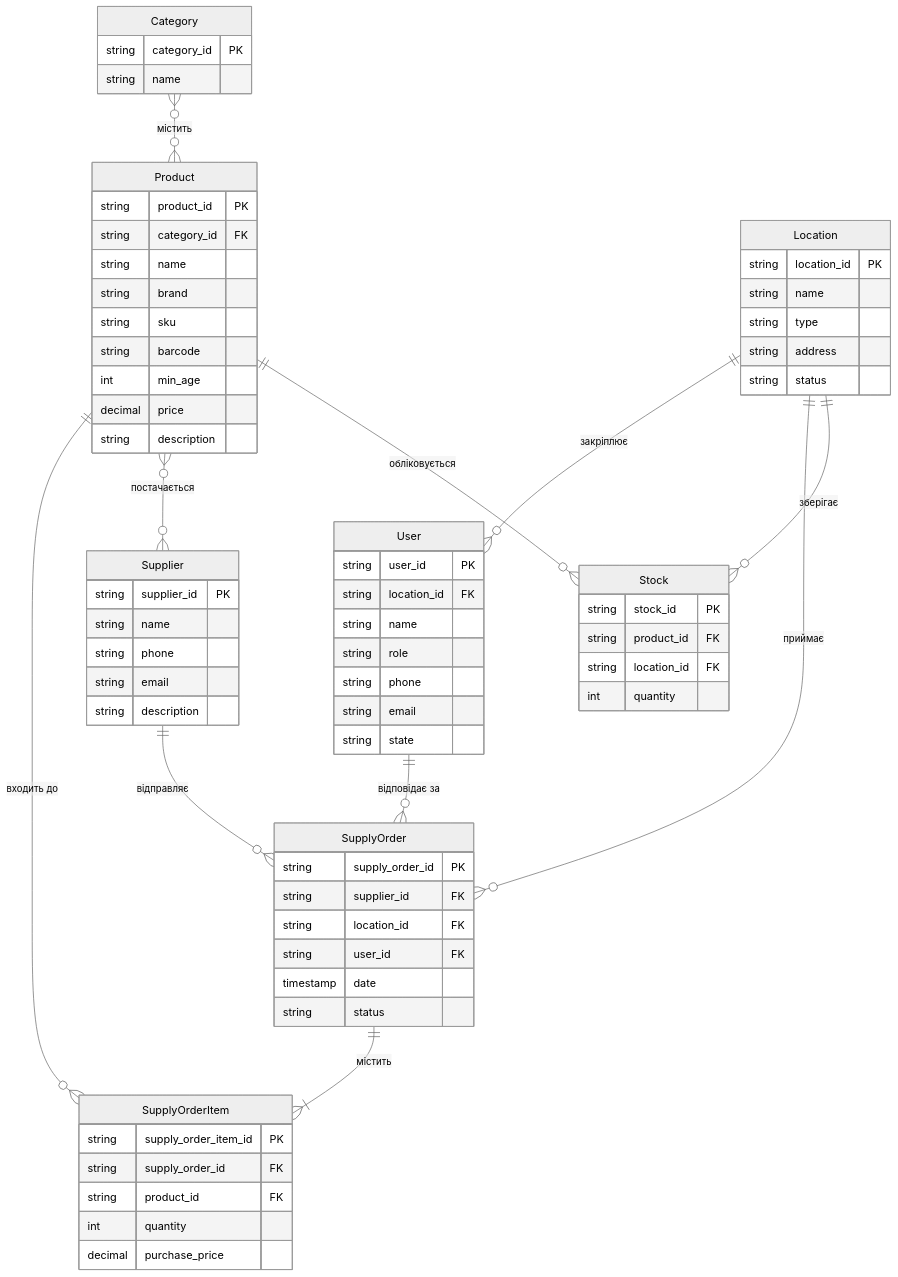
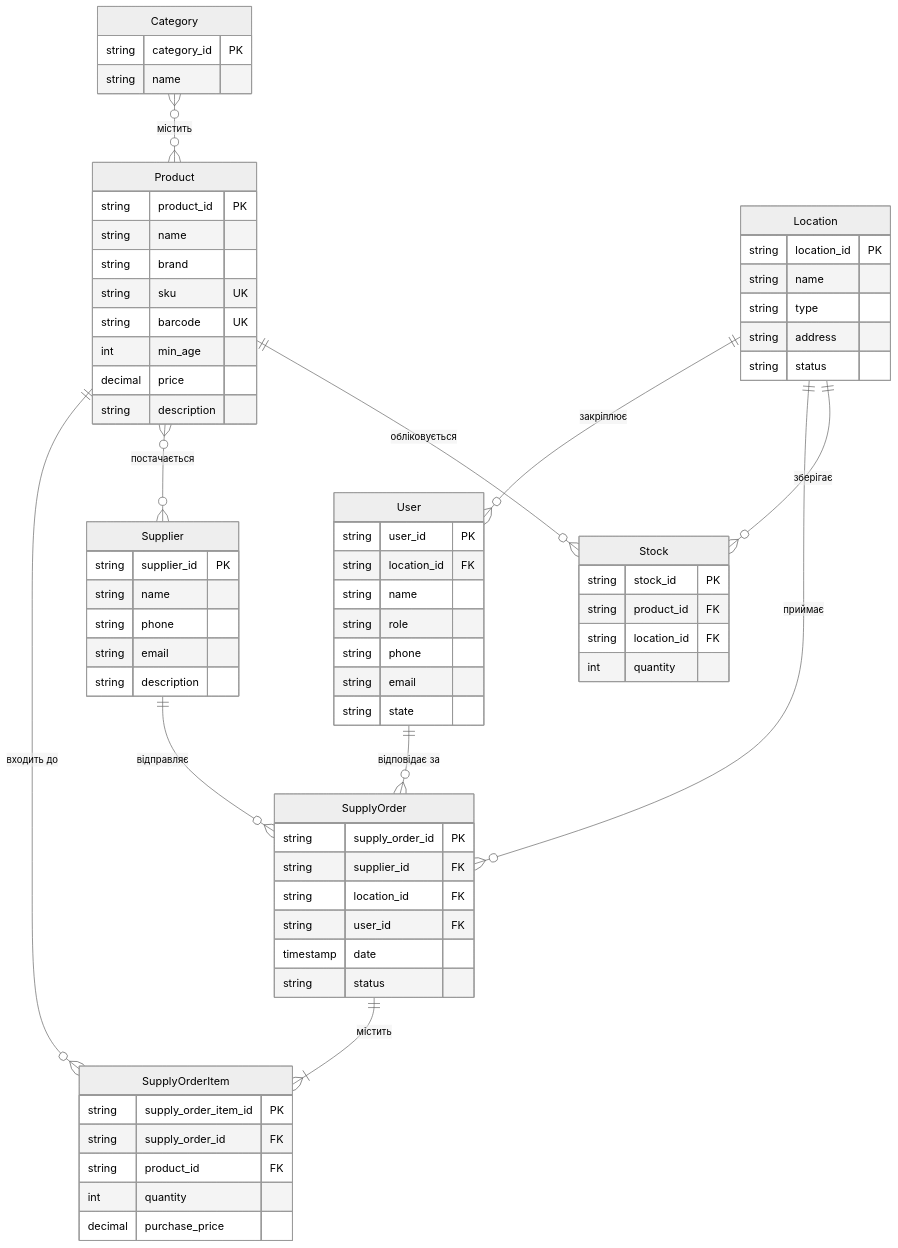
One commit to Petrovich-322/KPI changed the diagram in Lab1/diagram.md. Above: the diagram before and after it, drawn with Mermaid (neutral theme).

Commit message:
Diagram 3

````diff
--- a/Lab1/diagram.md
+++ b/Lab1/diagram.md
@@ -1,80 +1,79 @@
 ```mermaid
     erDiagram
         Category }o--o{ Product : "містить"
         Product ||--o{ Stock : "обліковується"
         Location ||--o{ Stock : "зберігає"
         Product }o--o{ Supplier : "постачається"
         Supplier ||--o{ SupplyOrder : "відправляє"
         Location ||--o{ SupplyOrder : "приймає"
         User ||--o{ SupplyOrder : "відповідає за"
         Location ||--o{ User : "закріплює"
         SupplyOrder ||--|{ SupplyOrderItem : "містить"
         Product ||--o{ SupplyOrderItem : "входить до"
 
         Category {
             string category_id PK
             string name
         }
 
         Product {
             string product_id PK
-            string category_id FK
             string name
             string brand
-            string sku
-            string barcode
+            string sku UK
+            string barcode UK
             int min_age
             decimal price
             string description
         }
 
         Location {
             string location_id PK
             string name
             string type
             string address
             string status
         }
 
         Stock {
             string stock_id PK
             string product_id FK
             string location_id FK
             int quantity
         }
 
         Supplier {
             string supplier_id PK
             string name
             string phone
             string email
             string description
         }
 
         SupplyOrder {
             string supply_order_id PK
             string supplier_id FK
             string location_id FK
             string user_id FK
             timestamp date
             string status
         }
 
         SupplyOrderItem {
             string supply_order_item_id PK
             string supply_order_id FK
             string product_id FK
             int quantity
             decimal purchase_price
         }
 
         User {
             string user_id PK
             string location_id FK
             string name
             string role
             string phone
             string email
             string state
         }
 ```
````
